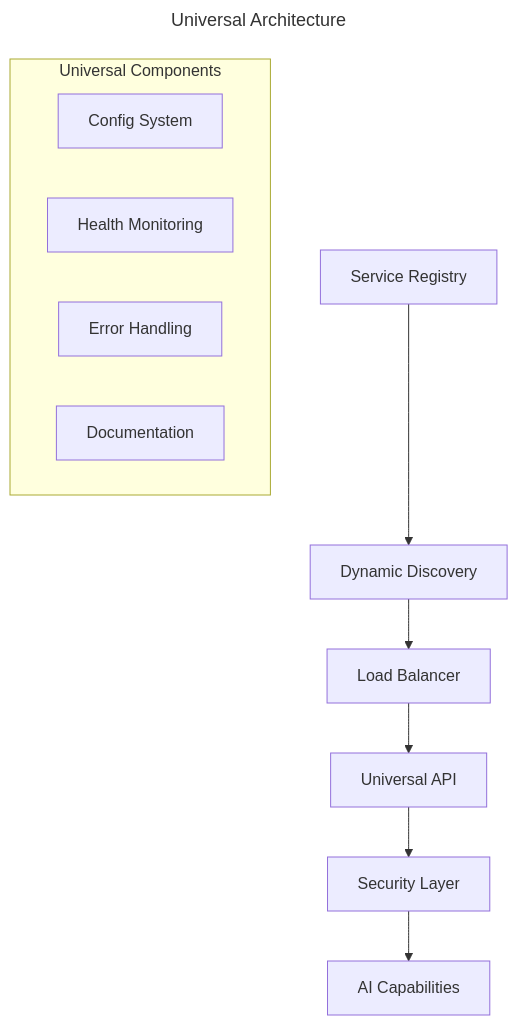
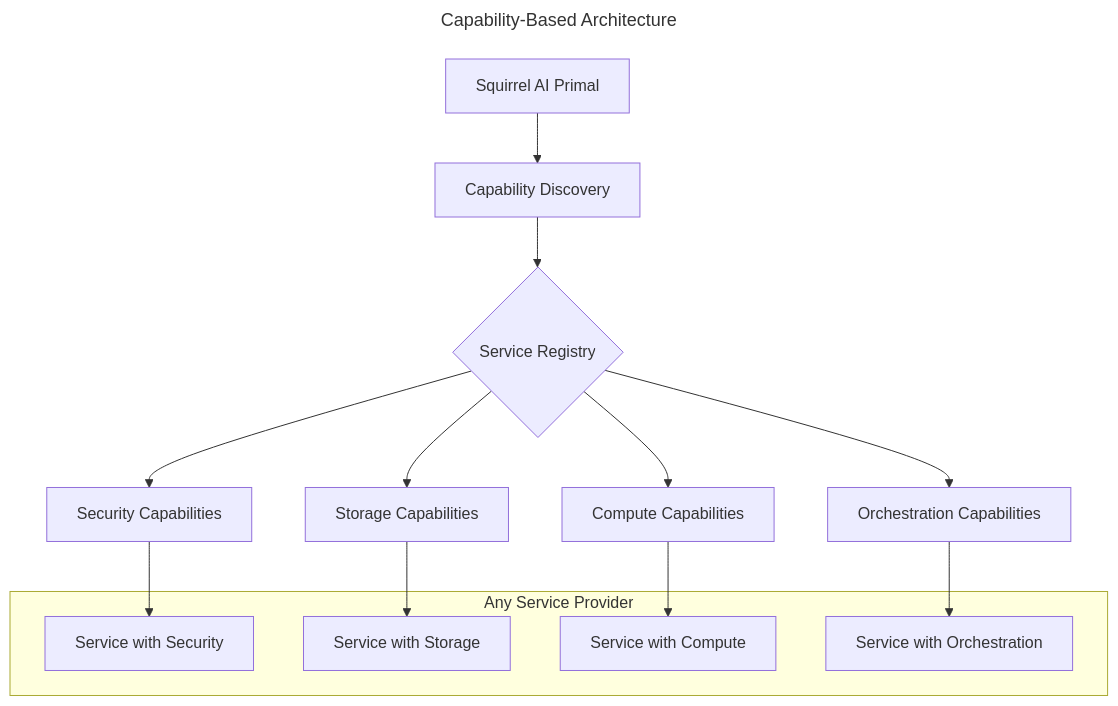
One commit to ecoPrimals/squirrel changed the diagram in README.md. Above: the diagram before and after it, drawn with Mermaid. The commit also changed other lines of this file and 319 other files, not shown here.

````diff
--- a/README.md
+++ b/README.md
@@ -49,18 +52,24 @@
 ```mermaid
 ---
-title: Universal Architecture
+title: Capability-Based Architecture
 ---
 graph TD
-    A[Service Registry] --> B[Dynamic Discovery]
-    B --> C[Load Balancer]
-    C --> D[Universal API]
-    D --> E[Security Layer]
-    E --> F[AI Capabilities]
+    A[Squirrel AI Primal] --> B[Capability Discovery]
+    B --> C{Service Registry}
+    C --> D[Security Capabilities]
+    C --> E[Storage Capabilities]
+    C --> F[Compute Capabilities]
+    C --> G[Orchestration Capabilities]
     
-    subgraph "Universal Components"
-        G[Config System]
-        H[Health Monitoring]
-        I[Error Handling]
-        J[Documentation]
+    subgraph "Any Service Provider"
+        H[Service with Security]
+        I[Service with Storage]
+        J[Service with Compute]
+        K[Service with Orchestration]
     end
+    
+    D --> H
+    E --> I
+    F --> J
+    G --> K
 ```
````
